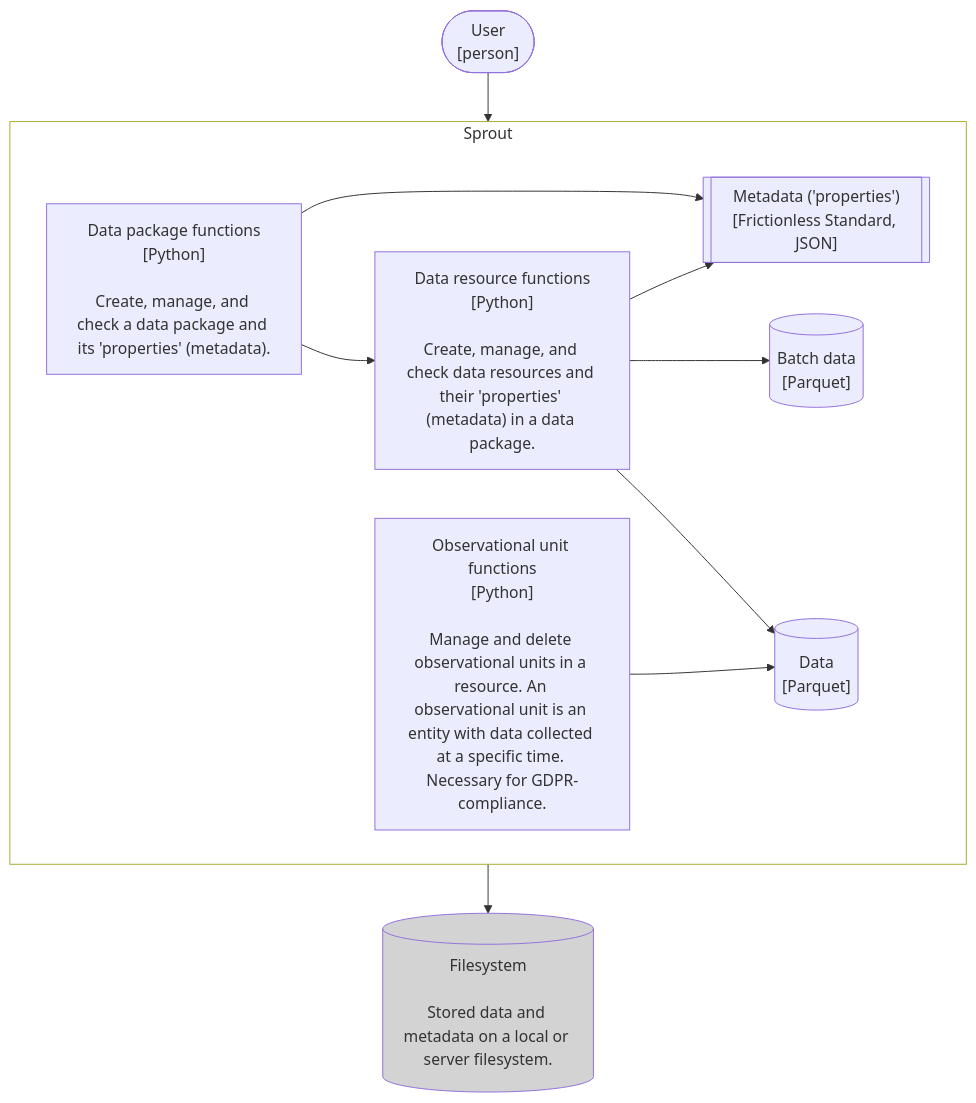
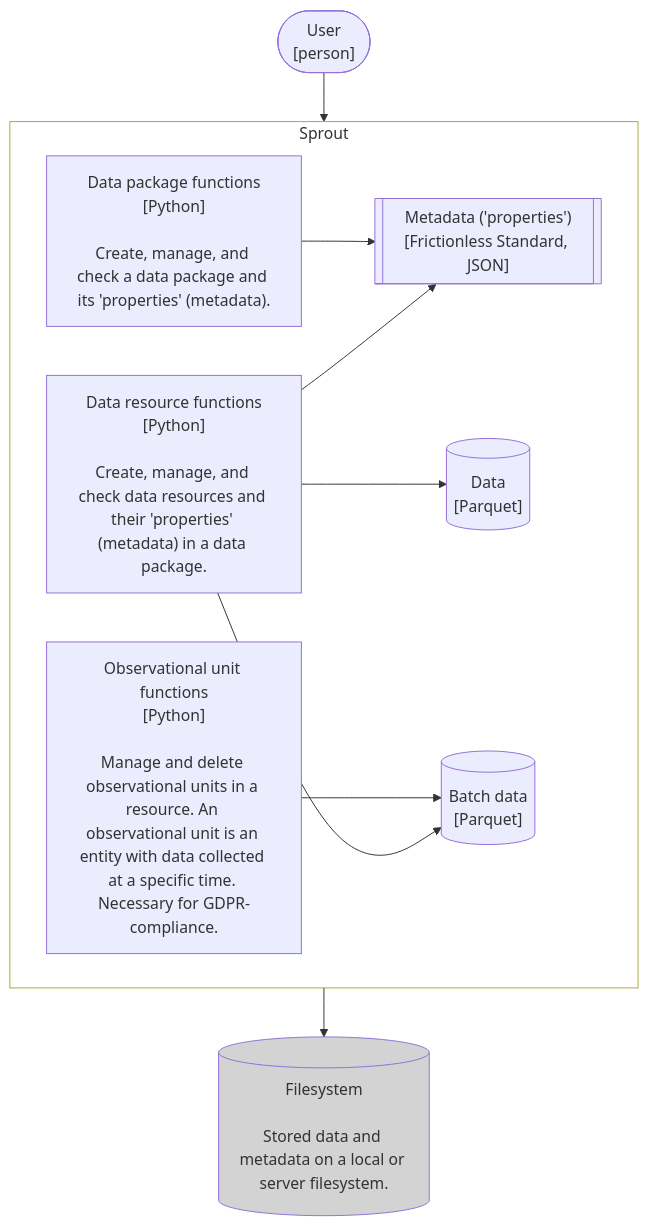
One commit to signekb/seedcase-sprout changed the second of 2 diagrams in docs/design/architecture/c4-models.qmd. Above: the diagram before and after it, drawn with Mermaid. The commit also changed 1 other file, not shown here.

Commit message:
docs: :pencil2: small fixes to design docs from the changes (#1205)
## Description

Noticed some small things that need fixing.

<!-- Select quick/in-depth as necessary -->
Doesn't need a review.

````diff
--- a/docs/design/architecture/c4-models.qmd
+++ b/docs/design/architecture/c4-models.qmd
@@ -59,26 +59,25 @@
 ```{mermaid}
 %%| fig-cap: "C4 Container diagram showing larger functional parts of Sprout and their connections."
 flowchart TB
     user(["User<br>[person]"])
     subgraph sprout [Sprout]
         package["Data package functions<br>[Python]<br><br>Create, manage, and check a data package and its 'properties' (metadata)."]
         resource["Data resource functions<br>[Python]<br><br>Create, manage, and check data resources and their 'properties' (metadata) in a data package."]
         obs_unit["Observational unit functions<br>[Python]<br><br>Manage and delete observational units in a resource. An observational unit is an entity with data collected at a specific time. Necessary for GDPR-compliance."]
         batch[("Batch data<br>[Parquet]")]
         data[("Data<br>[Parquet]")]
         metadata[["Metadata ('properties')<br>[Frictionless Standard, JSON]"]]
     end
     output[("Filesystem<br><br>Stored data and metadata on a local or server filesystem.")]
 
     user --> sprout:::system
-    package --> resource
     package --> metadata
-    resource --> batch
     resource --> data
     resource --> metadata
-    obs_unit --> data
+    obs_unit --> batch
+    resource --> batch
     sprout --> output:::external
 
     classDef system fill:none
     classDef external fill:lightgrey
 ```
````
